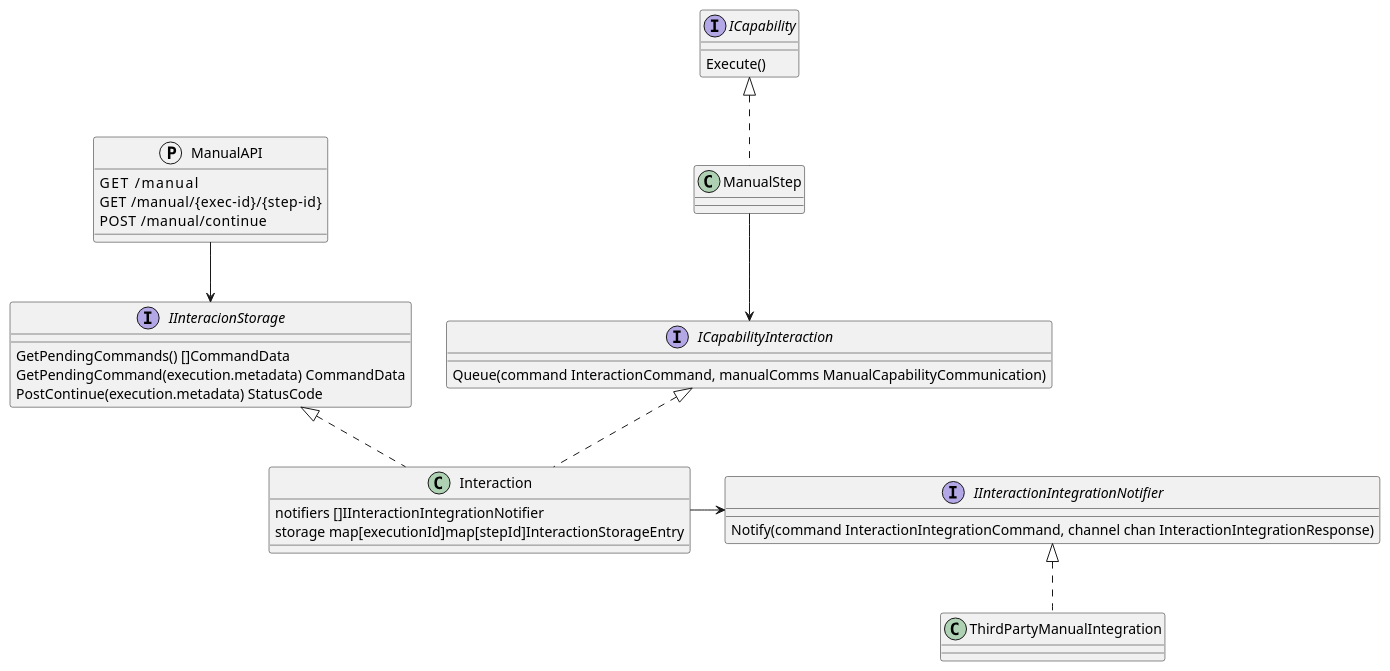
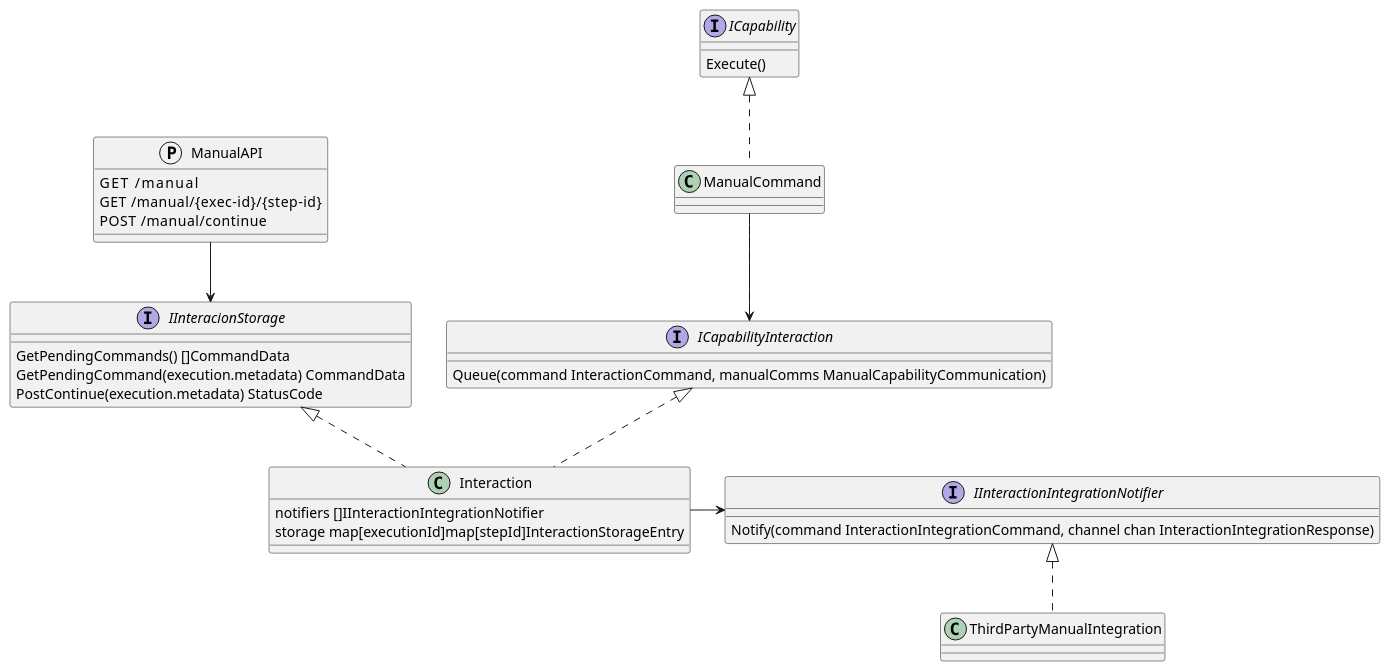
The first of 2 diagrams in docs/content/en/docs/core-components/modules.md (COSSAS/SOARCA), drawn with PlantUML before and after one commit. The commit also changed other lines of this file, not shown here.

````diff
--- a/docs/content/en/docs/core-components/modules.md
+++ b/docs/content/en/docs/core-components/modules.md
@@ -341,49 +348,49 @@
 ```plantuml
 @startuml
 set separator ::
 
-class ManualStep 
+class ManualCommand 
 
 protocol ManualAPI {
     GET     /manual
     GET     /manual/{exec-id}/{step-id}
     POST    /manual/continue
 }
 
 interface ICapability{
    Execute()
 }
 
 interface ICapabilityInteraction{
     Queue(command InteractionCommand, manualComms ManualCapabilityCommunication)
 }
 
 interface IInteracionStorage{
     GetPendingCommands() []CommandData
 	GetPendingCommand(execution.metadata) CommandData
 	PostContinue(execution.metadata) StatusCode
 }
 
 interface IInteractionIntegrationNotifier {
     Notify(command InteractionIntegrationCommand, channel chan InteractionIntegrationResponse)
 }
 
 class Interaction {
     notifiers []IInteractionIntegrationNotifier
     storage map[executionId]map[stepId]InteractionStorageEntry
 }
 class ThirdPartyManualIntegration
 
 
-ManualStep .up.|> ICapability
-ManualStep -down-> ICapabilityInteraction
+ManualCommand .up.|> ICapability
+ManualCommand -down-> ICapabilityInteraction
 Interaction .up.|> ICapabilityInteraction
 Interaction .up.|> IInteracionStorage
 
 ManualAPI -down-> IInteracionStorage
 
 Interaction -right-> IInteractionIntegrationNotifier
 ThirdPartyManualIntegration .up.|> IInteractionIntegrationNotifier
 
 
 ```
````
